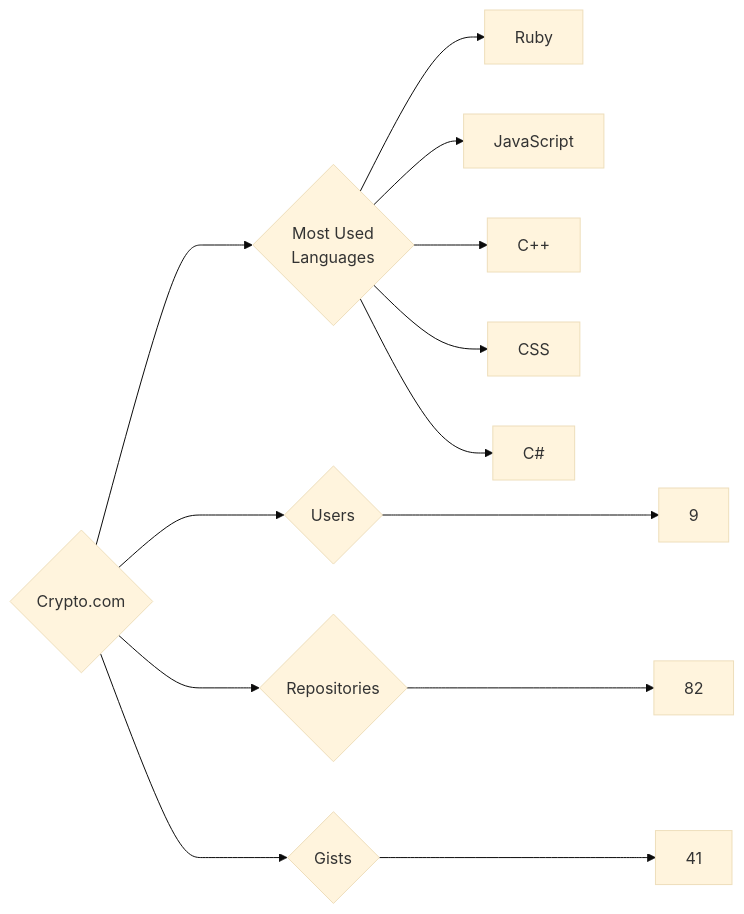
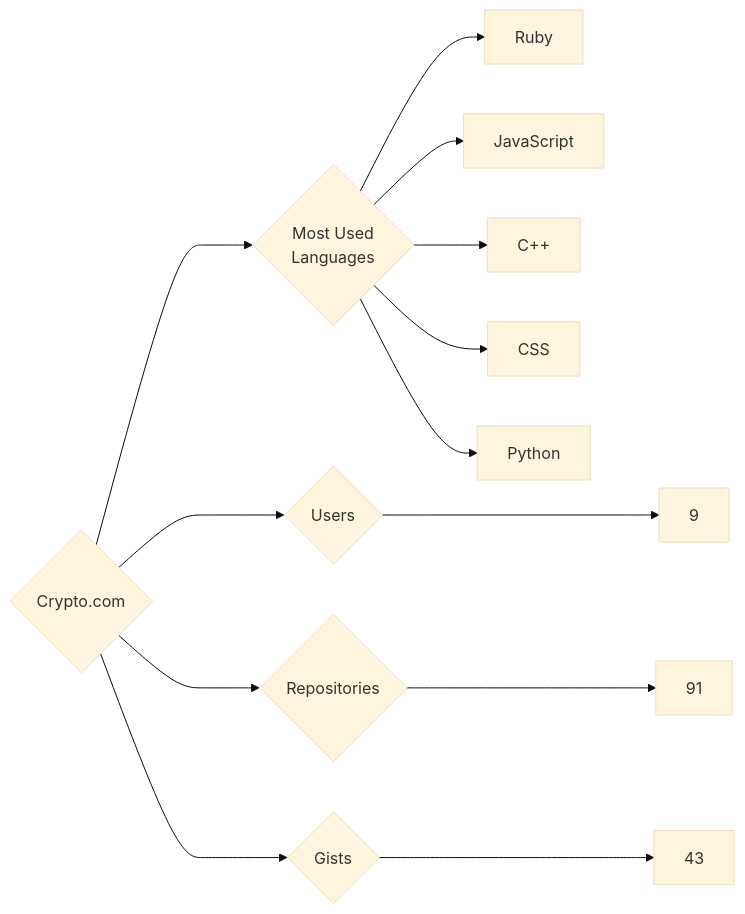
One commit to trickest/insiders changed the diagram in targets/Crypto.com/README.md. Above: the diagram before and after it, drawn with Mermaid (base theme). The commit also changed 895 other files, not shown here.

````diff
--- a/targets/Crypto.com/README.md
+++ b/targets/Crypto.com/README.md
@@ -3,13 +3,13 @@
 ```mermaid
 graph LR
 COMPANY_NAME{Crypto.com}
 COMPANY_NAME ---> U{Users} ---> UN[9]
-COMPANY_NAME ---> R{Repositories} ---> RN[82]
-COMPANY_NAME ---> G{Gists} ---> GN[41]
+COMPANY_NAME ---> R{Repositories} ---> RN[91]
+COMPANY_NAME ---> G{Gists} ---> GN[43]
 COMPANY_NAME ---> ML{Most Used<br>Languages}
 ML --> Ruby[Ruby]
 ML --> JavaScript[JavaScript]
 ML --> C++[C++]
 ML --> CSS[CSS]
-ML --> C#[C#]
+ML --> Python[Python]
 ```
````
